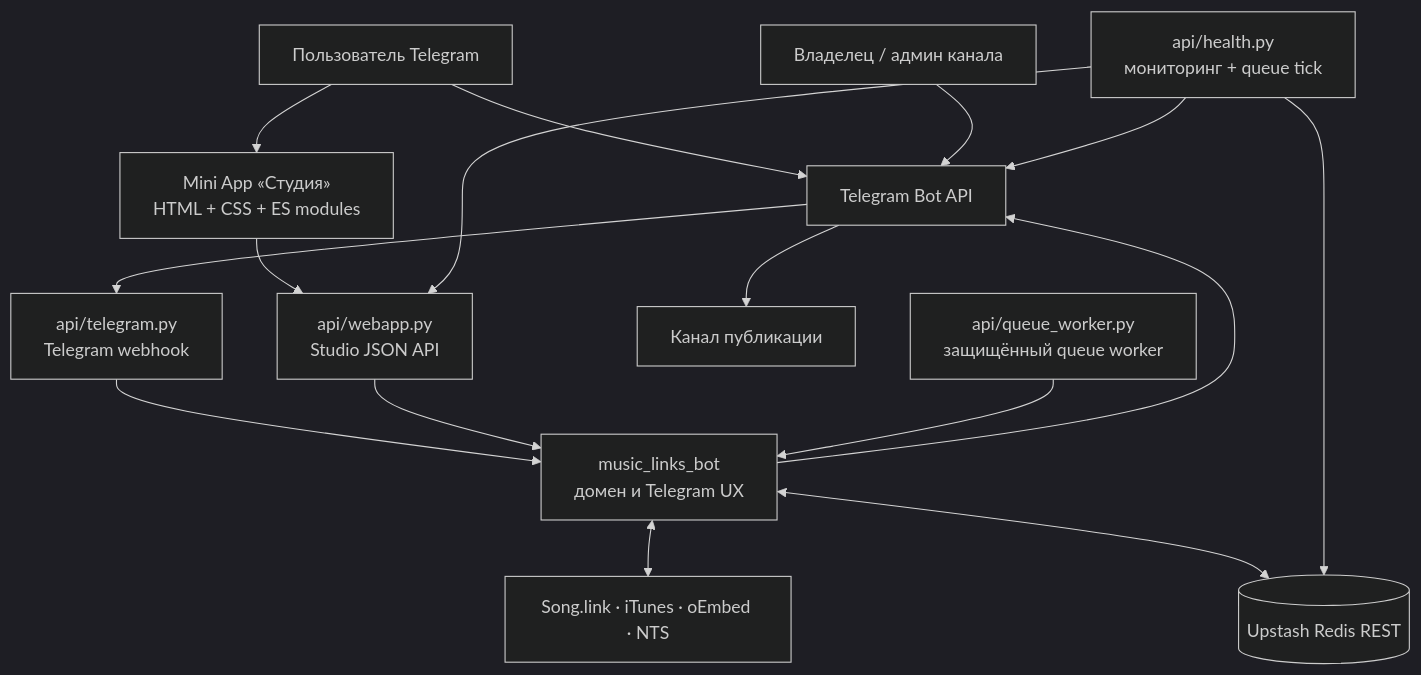
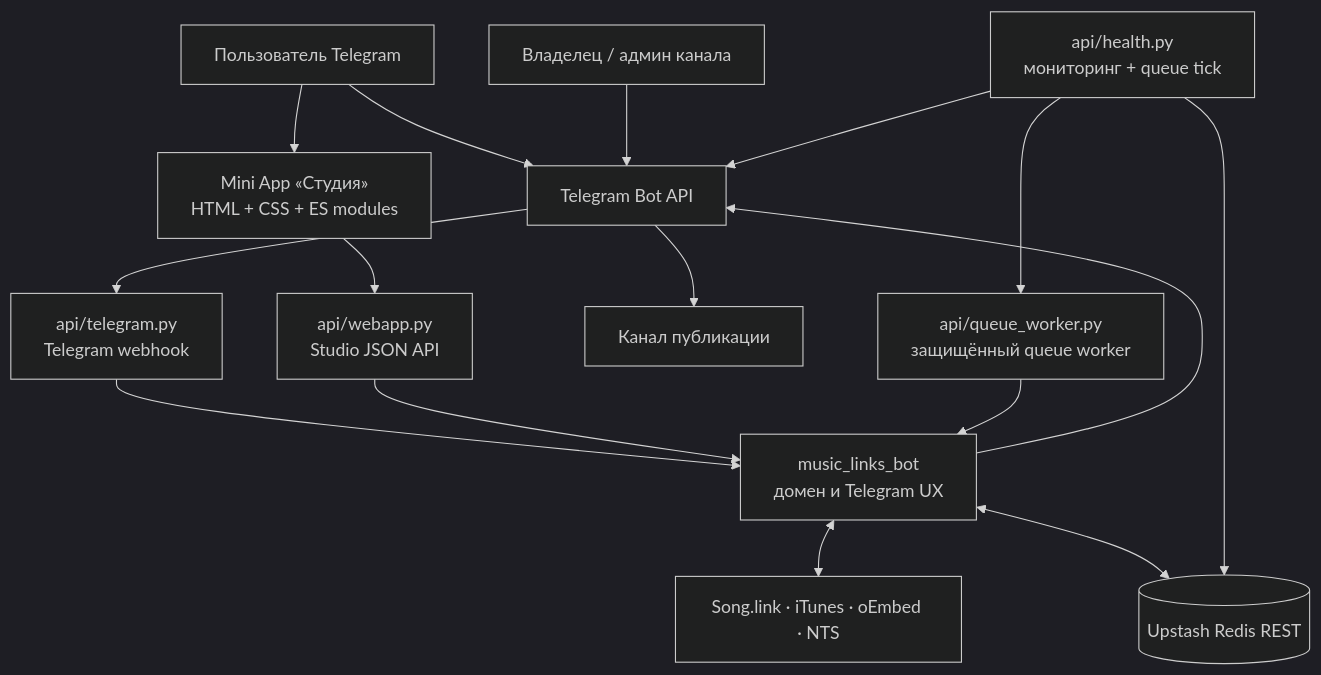
Before and after one commit to StonerHand/stonerhand-soundlinks-bot: the first of 4 diagrams in ARCHITECTURE.ru.md, drawn with Mermaid (dark theme). The commit also changed other lines of this file and 33 other files, not shown here.

````diff
--- a/ARCHITECTURE.ru.md
+++ b/ARCHITECTURE.ru.md
@@ -7,31 +7,31 @@
 ```mermaid
 flowchart TB
     USER["Пользователь Telegram"]
     ADMIN["Владелец / админ канала"]
     TELEGRAM["Telegram Bot API"]
     STUDIO["Mini App «Студия»\nHTML + CSS + ES modules"]
     WEBHOOK["api/telegram.py\nTelegram webhook"]
     WEBAPP["api/webapp.py\nStudio JSON API"]
     CORE["music_links_bot\nдомен и Telegram UX"]
     PROVIDERS["Song.link · iTunes · oEmbed · NTS"]
     REDIS[("Upstash Redis REST")]
     CHANNEL["Канал публикации"]
     HEALTH["api/health.py\nмониторинг + queue tick"]
     WORKER["api/queue_worker.py\nзащищённый queue worker"]
 
     USER --> TELEGRAM
     ADMIN --> TELEGRAM
     TELEGRAM --> WEBHOOK
     USER --> STUDIO
     STUDIO --> WEBAPP
     WEBHOOK --> CORE
     WEBAPP --> CORE
     CORE <--> PROVIDERS
     CORE <--> REDIS
     CORE --> TELEGRAM
     TELEGRAM --> CHANNEL
     HEALTH --> TELEGRAM
     HEALTH --> REDIS
-    HEALTH --> WEBAPP
+    HEALTH --> WORKER
     WORKER --> CORE
 ```
````
